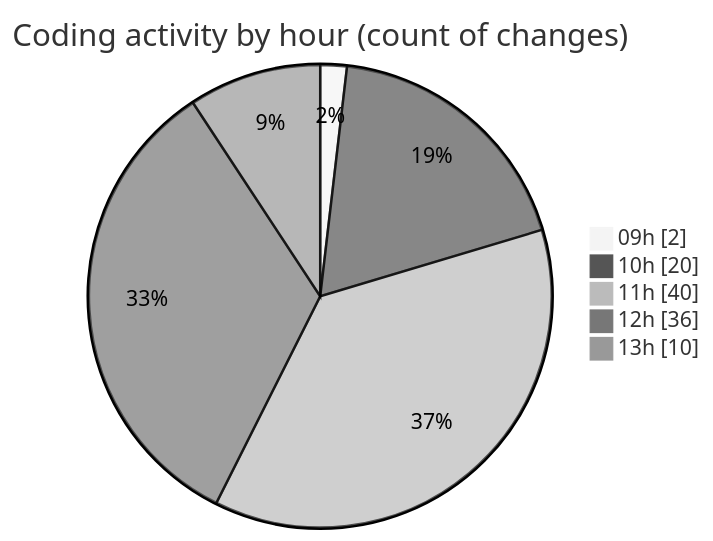
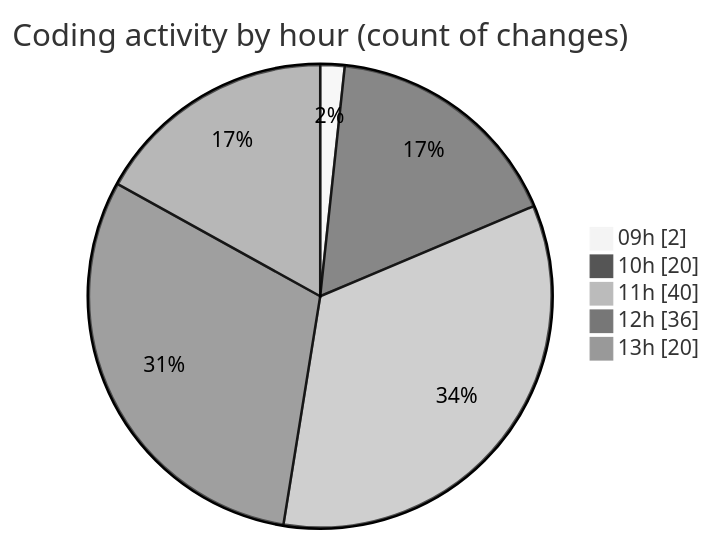
The second of 2 diagrams in 2025-06-13/cda/README.md (momahboobian/code-tracking), drawn with Mermaid (neutral theme) before and after one commit. The commit also changed other lines of this file and 1 other file, not shown here.

````diff
--- a/2025-06-13/cda/README.md
+++ b/2025-06-13/cda/README.md
@@ -34,9 +36,9 @@
 ```mermaid
 pie showData
 title Coding activity by hour (count of changes)
 "09h" : 2
 "10h" : 20
 "11h" : 40
 "12h" : 36
-"13h" : 10
+"13h" : 20
 ```
````
